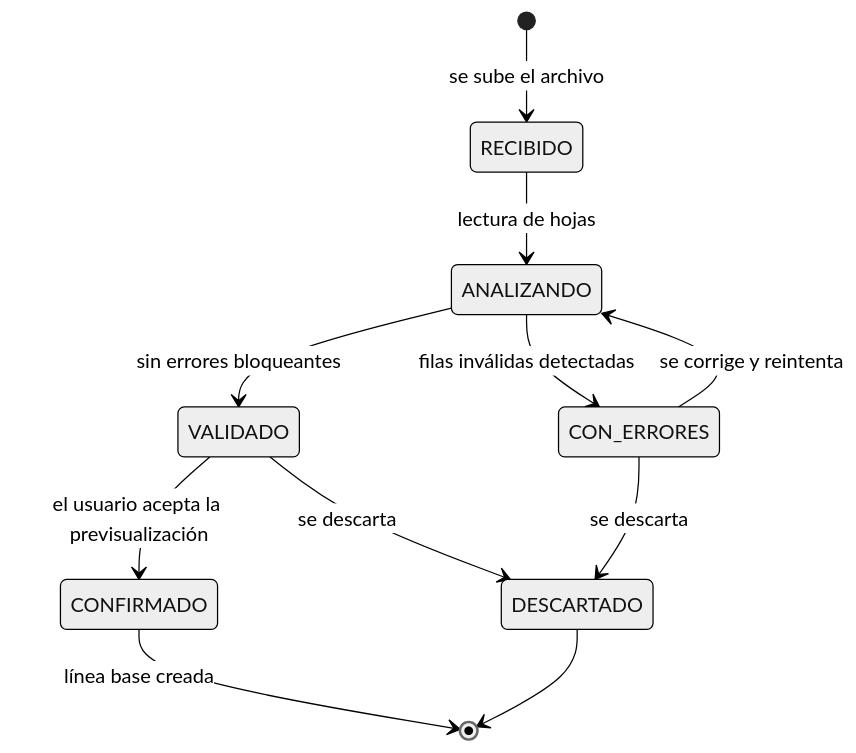
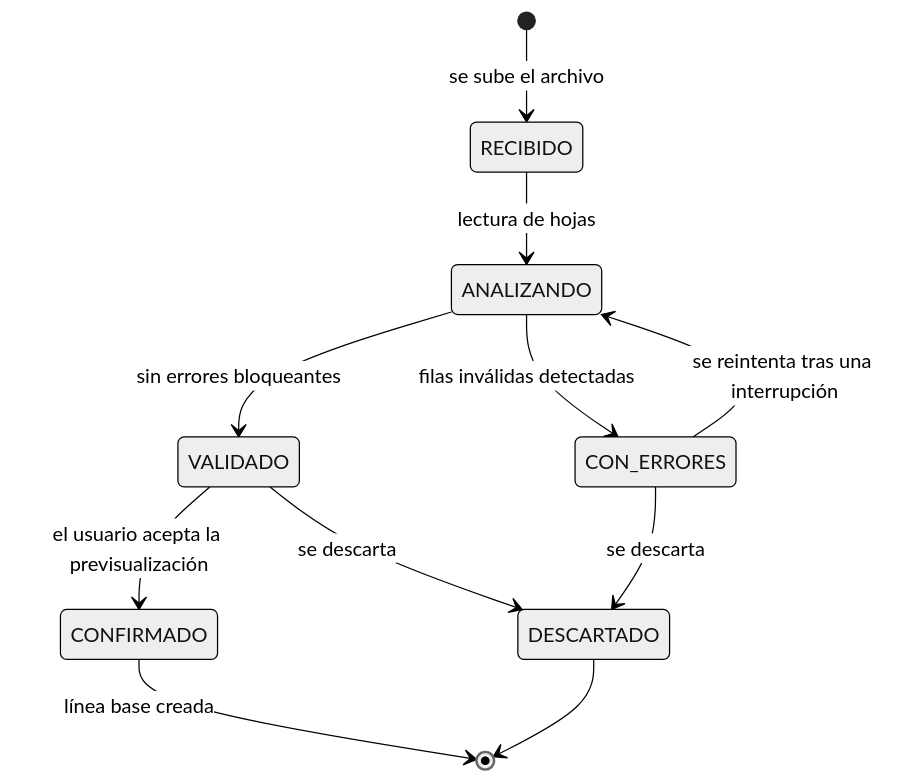
The seventh of 7 diagrams in docs/02-arquitectura.md (FranciscoRodSilva/IA4Devs-Proyecto-Final), drawn with Mermaid (neutral theme) before and after one commit. The commit also changed other lines of this file and 45 other files, not shown here.

````diff
--- a/docs/02-arquitectura.md
+++ b/docs/02-arquitectura.md
@@ -560,13 +560,13 @@
 ```mermaid
 stateDiagram-v2
     [*] --> RECIBIDO: se sube el archivo
     RECIBIDO --> ANALIZANDO: lectura de hojas
     ANALIZANDO --> VALIDADO: sin errores bloqueantes
     ANALIZANDO --> CON_ERRORES: filas inválidas detectadas
-    CON_ERRORES --> ANALIZANDO: se corrige y reintenta
+    CON_ERRORES --> ANALIZANDO: se reintenta tras una interrupción
     VALIDADO --> CONFIRMADO: el usuario acepta la previsualización
     CONFIRMADO --> [*]: línea base creada
     VALIDADO --> DESCARTADO: se descarta
     CON_ERRORES --> DESCARTADO: se descarta
     DESCARTADO --> [*]
 ```
````
